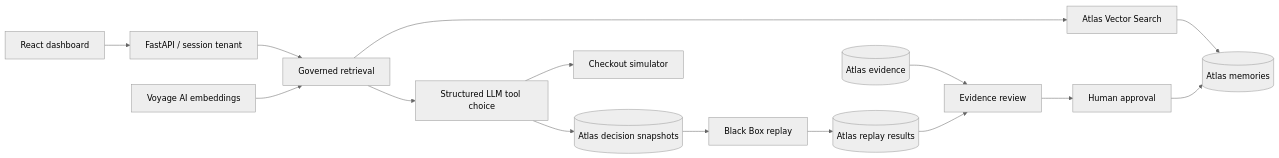
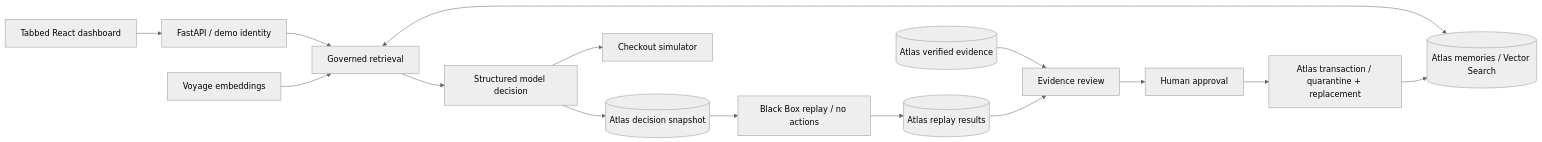
The diagram in README.md (beanscrack/Recall-Trace), drawn with Mermaid (neutral theme) before and after one commit. The commit also changed other lines of this file and 20 other files, not shown here.

Commit message:
Prepare RecallTrace hackathon submission and publish validated tabbed demo

````diff
--- a/README.md
+++ b/README.md
@@ -32,17 +58,17 @@
 ```mermaid
 flowchart LR
-    UI[React dashboard] --> API[FastAPI / session tenant]
+    UI[Tabbed React dashboard] --> API[FastAPI / demo identity]
     API --> RET[Governed retrieval]
-    VOY[Voyage AI embeddings] --> RET
-    RET --> VS[Atlas Vector Search]
-    VS --> MEM[(Atlas memories)]
-    RET --> LLM[Structured LLM tool choice]
+    VOY[Voyage embeddings] --> RET
+    RET <--> MEM[(Atlas memories / Vector Search)]
+    RET --> LLM[Structured model decision]
     LLM --> SIM[Checkout simulator]
-    LLM --> DEC[(Atlas decision snapshots)]
-    DEC --> REPLAY[Black Box replay]
-    REPLAY --> RESULTS[(Atlas replay results)]
-    RESULTS --> REVIEW[Evidence review]
-    EV[(Atlas evidence)] --> REVIEW
-    REVIEW --> HUMAN[Human approval]
-    HUMAN --> MEM
+    LLM --> SNAP[(Atlas decision snapshot)]
+    SNAP --> BB[Black Box replay / no actions]
+    BB --> RP[(Atlas replay results)]
+    RP --> COURT[Evidence review]
+    EV[(Atlas verified evidence)] --> COURT
+    COURT --> HUMAN[Human approval]
+    HUMAN --> TX[Atlas transaction / quarantine + replacement]
+    TX --> MEM
 ```
````
